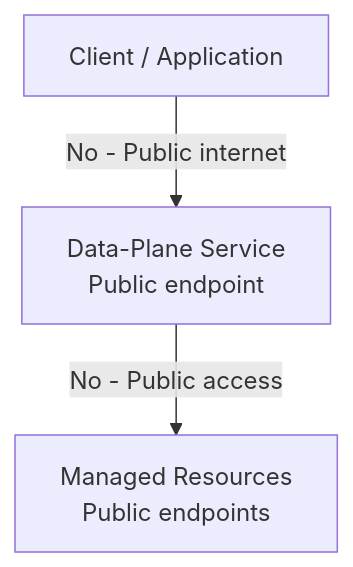
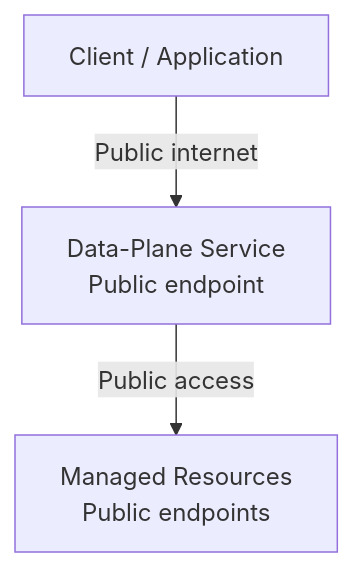
The first of 2 diagrams in articles/microsoft-discovery/concept-network-security.md (johntrogan/azure-docs), drawn with Mermaid before and after one commit. The commit also changed other lines of this file and 4 other files, not shown here.

````diff
--- a/articles/microsoft-discovery/concept-network-security.md
+++ b/articles/microsoft-discovery/concept-network-security.md
@@ -41,5 +41,5 @@
  ```mermaid
 graph TB
-    Client["Client / Application"] -->|"No - Public internet"| DP["Data-Plane Service<br/>Public endpoint"]
-    DP -->|"No - Public access"| MRG["Managed Resources<br/>Public endpoints"]
+    Client["Client / Application"] -->|"Public internet"| DP["Data-Plane Service<br/>Public endpoint"]
+    DP -->|"Public access"| MRG["Managed Resources<br/>Public endpoints"]
 ```
````
